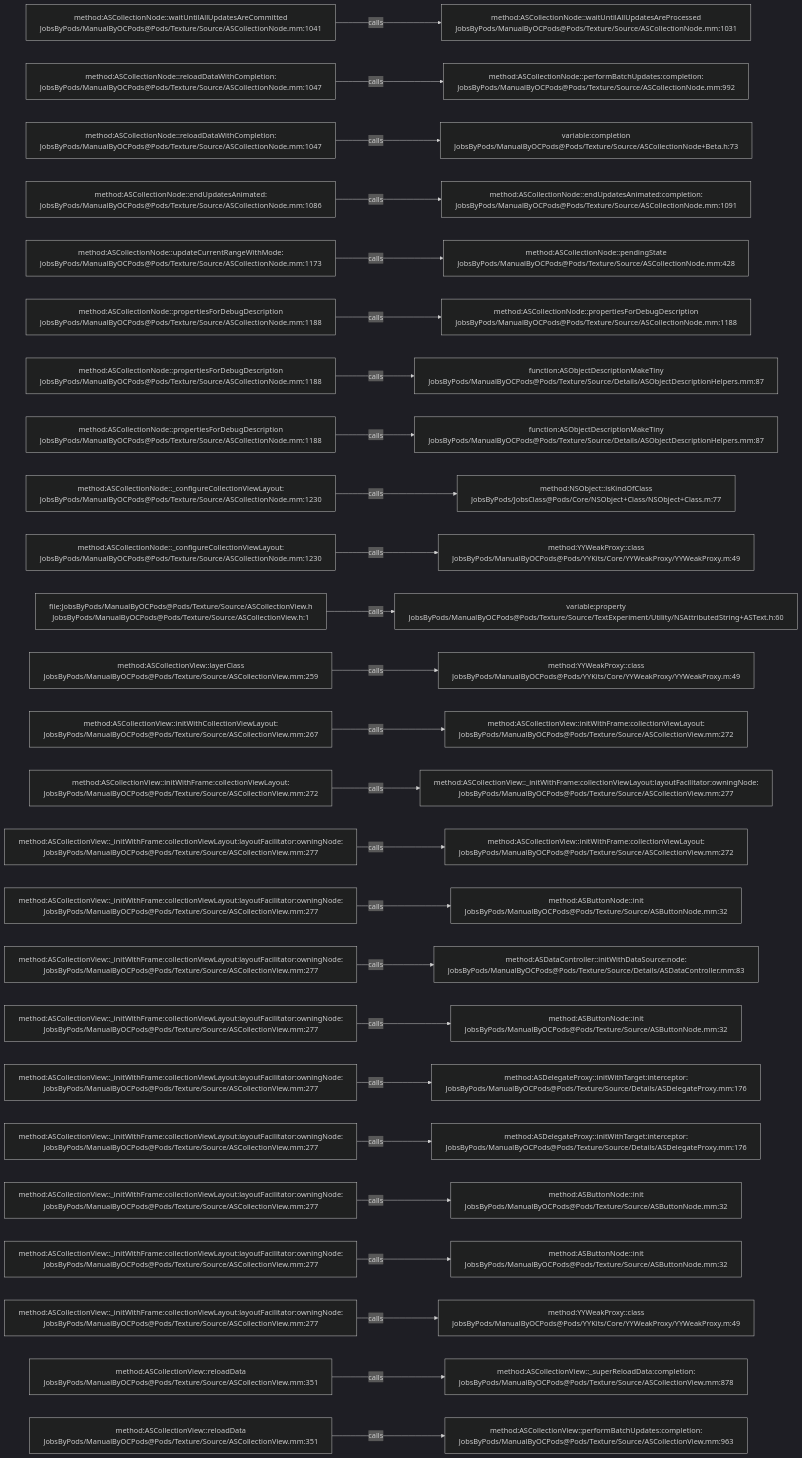
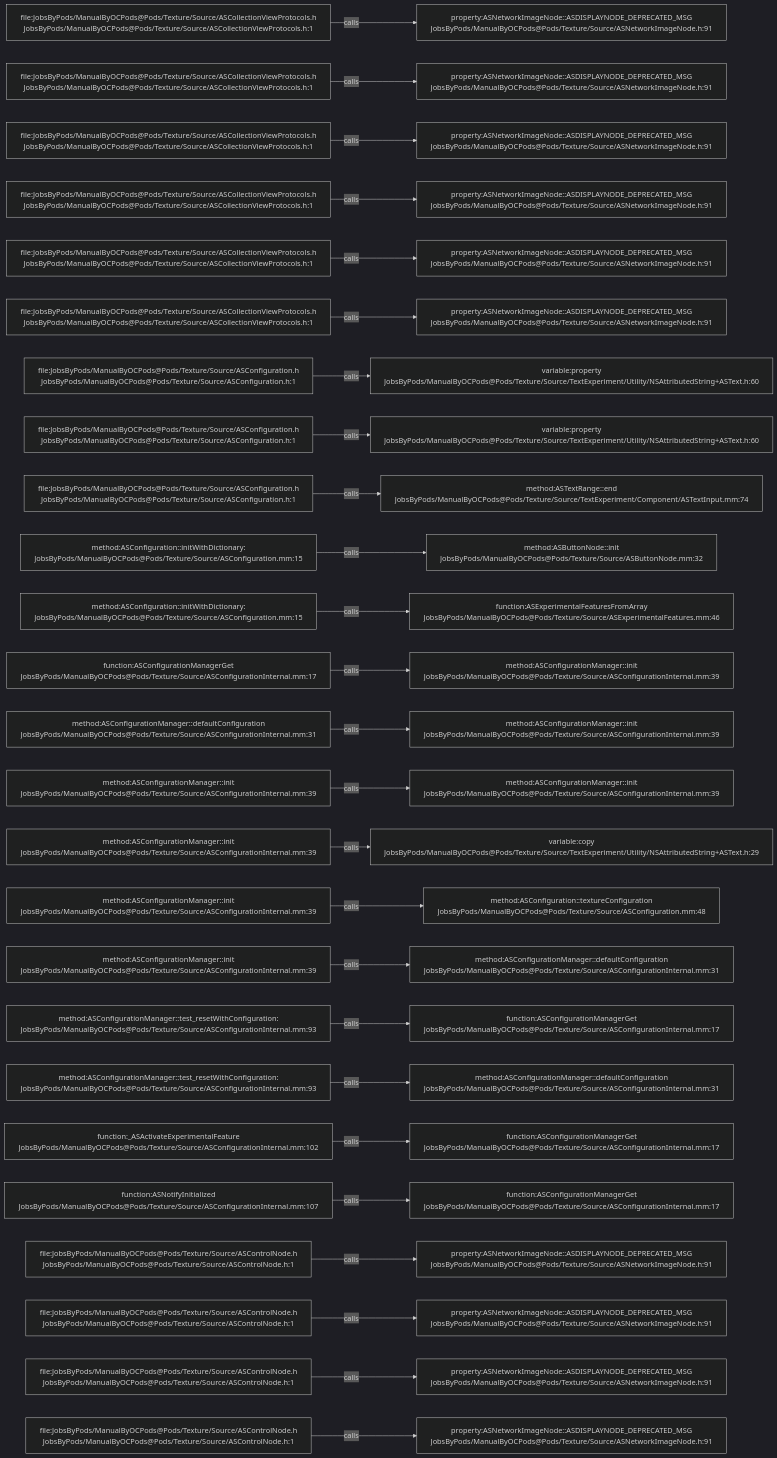
Before and after one commit to JobsKits/JobsOCBaseConfigDemo: the diagram in .codegraph/codegraph.md/graphs/calls-071.md, drawn with Mermaid (dark theme). The commit also changed 2723 other files, not shown here.

````diff
--- a/.codegraph/codegraph.md/graphs/calls-071.md
+++ b/.codegraph/codegraph.md/graphs/calls-071.md
@@ -13,78 +13,78 @@
 ```mermaid
 flowchart LR
-  S1["method:ASCollectionNode::waitUntilAllUpdatesAreCommitted<br/>JobsByPods/ManualByOCPods@Pods/Texture/Source/ASCollectionNode.mm:1041"]
-  T1["method:ASCollectionNode::waitUntilAllUpdatesAreProcessed<br/>JobsByPods/ManualByOCPods@Pods/Texture/Source/ASCollectionNode.mm:1031"]
+  S1["file:JobsByPods/ManualByOCPods@Pods/Texture/Source/ASCollectionViewProtocols.h<br/>JobsByPods/ManualByOCPods@Pods/Texture/Source/ASCollectionViewProtocols.h:1"]
+  T1["property:ASNetworkImageNode::ASDISPLAYNODE_DEPRECATED_MSG<br/>JobsByPods/ManualByOCPods@Pods/Texture/Source/ASNetworkImageNode.h:91"]
   S1 -->|calls| T1
-  S2["method:ASCollectionNode::reloadDataWithCompletion:<br/>JobsByPods/ManualByOCPods@Pods/Texture/Source/ASCollectionNode.mm:1047"]
-  T2["method:ASCollectionNode::performBatchUpdates:completion:<br/>JobsByPods/ManualByOCPods@Pods/Texture/Source/ASCollectionNode.mm:992"]
+  S2["file:JobsByPods/ManualByOCPods@Pods/Texture/Source/ASCollectionViewProtocols.h<br/>JobsByPods/ManualByOCPods@Pods/Texture/Source/ASCollectionViewProtocols.h:1"]
+  T2["property:ASNetworkImageNode::ASDISPLAYNODE_DEPRECATED_MSG<br/>JobsByPods/ManualByOCPods@Pods/Texture/Source/ASNetworkImageNode.h:91"]
   S2 -->|calls| T2
-  S3["method:ASCollectionNode::reloadDataWithCompletion:<br/>JobsByPods/ManualByOCPods@Pods/Texture/Source/ASCollectionNode.mm:1047"]
-  T3["variable:completion<br/>JobsByPods/ManualByOCPods@Pods/Texture/Source/ASCollectionNode+Beta.h:73"]
+  S3["file:JobsByPods/ManualByOCPods@Pods/Texture/Source/ASCollectionViewProtocols.h<br/>JobsByPods/ManualByOCPods@Pods/Texture/Source/ASCollectionViewProtocols.h:1"]
+  T3["property:ASNetworkImageNode::ASDISPLAYNODE_DEPRECATED_MSG<br/>JobsByPods/ManualByOCPods@Pods/Texture/Source/ASNetworkImageNode.h:91"]
   S3 -->|calls| T3
-  S4["method:ASCollectionNode::endUpdatesAnimated:<br/>JobsByPods/ManualByOCPods@Pods/Texture/Source/ASCollectionNode.mm:1086"]
-  T4["method:ASCollectionNode::endUpdatesAnimated:completion:<br/>JobsByPods/ManualByOCPods@Pods/Texture/Source/ASCollectionNode.mm:1091"]
+  S4["file:JobsByPods/ManualByOCPods@Pods/Texture/Source/ASCollectionViewProtocols.h<br/>JobsByPods/ManualByOCPods@Pods/Texture/Source/ASCollectionViewProtocols.h:1"]
+  T4["property:ASNetworkImageNode::ASDISPLAYNODE_DEPRECATED_MSG<br/>JobsByPods/ManualByOCPods@Pods/Texture/Source/ASNetworkImageNode.h:91"]
   S4 -->|calls| T4
-  S5["method:ASCollectionNode::updateCurrentRangeWithMode:<br/>JobsByPods/ManualByOCPods@Pods/Texture/Source/ASCollectionNode.mm:1173"]
-  T5["method:ASCollectionNode::pendingState<br/>JobsByPods/ManualByOCPods@Pods/Texture/Source/ASCollectionNode.mm:428"]
+  S5["file:JobsByPods/ManualByOCPods@Pods/Texture/Source/ASCollectionViewProtocols.h<br/>JobsByPods/ManualByOCPods@Pods/Texture/Source/ASCollectionViewProtocols.h:1"]
+  T5["property:ASNetworkImageNode::ASDISPLAYNODE_DEPRECATED_MSG<br/>JobsByPods/ManualByOCPods@Pods/Texture/Source/ASNetworkImageNode.h:91"]
   S5 -->|calls| T5
-  S6["method:ASCollectionNode::propertiesForDebugDescription<br/>JobsByPods/ManualByOCPods@Pods/Texture/Source/ASCollectionNode.mm:1188"]
-  T6["method:ASCollectionNode::propertiesForDebugDescription<br/>JobsByPods/ManualByOCPods@Pods/Texture/Source/ASCollectionNode.mm:1188"]
+  S6["file:JobsByPods/ManualByOCPods@Pods/Texture/Source/ASCollectionViewProtocols.h<br/>JobsByPods/ManualByOCPods@Pods/Texture/Source/ASCollectionViewProtocols.h:1"]
+  T6["property:ASNetworkImageNode::ASDISPLAYNODE_DEPRECATED_MSG<br/>JobsByPods/ManualByOCPods@Pods/Texture/Source/ASNetworkImageNode.h:91"]
   S6 -->|calls| T6
-  S7["method:ASCollectionNode::propertiesForDebugDescription<br/>JobsByPods/ManualByOCPods@Pods/Texture/Source/ASCollectionNode.mm:1188"]
-  T7["function:ASObjectDescriptionMakeTiny<br/>JobsByPods/ManualByOCPods@Pods/Texture/Source/Details/ASObjectDescriptionHelpers.mm:87"]
+  S7["file:JobsByPods/ManualByOCPods@Pods/Texture/Source/ASConfiguration.h<br/>JobsByPods/ManualByOCPods@Pods/Texture/Source/ASConfiguration.h:1"]
+  T7["variable:property<br/>JobsByPods/ManualByOCPods@Pods/Texture/Source/TextExperiment/Utility/NSAttributedString+ASText.h:60"]
   S7 -->|calls| T7
-  S8["method:ASCollectionNode::propertiesForDebugDescription<br/>JobsByPods/ManualByOCPods@Pods/Texture/Source/ASCollectionNode.mm:1188"]
-  T8["function:ASObjectDescriptionMakeTiny<br/>JobsByPods/ManualByOCPods@Pods/Texture/Source/Details/ASObjectDescriptionHelpers.mm:87"]
+  S8["file:JobsByPods/ManualByOCPods@Pods/Texture/Source/ASConfiguration.h<br/>JobsByPods/ManualByOCPods@Pods/Texture/Source/ASConfiguration.h:1"]
+  T8["variable:property<br/>JobsByPods/ManualByOCPods@Pods/Texture/Source/TextExperiment/Utility/NSAttributedString+ASText.h:60"]
   S8 -->|calls| T8
-  S9["method:ASCollectionNode::_configureCollectionViewLayout:<br/>JobsByPods/ManualByOCPods@Pods/Texture/Source/ASCollectionNode.mm:1230"]
-  T9["method:NSObject::isKindOfClass<br/>JobsByPods/JobsClass@Pods/Core/NSObject+Class/NSObject+Class.m:77"]
+  S9["file:JobsByPods/ManualByOCPods@Pods/Texture/Source/ASConfiguration.h<br/>JobsByPods/ManualByOCPods@Pods/Texture/Source/ASConfiguration.h:1"]
+  T9["method:ASTextRange::end<br/>JobsByPods/ManualByOCPods@Pods/Texture/Source/TextExperiment/Component/ASTextInput.mm:74"]
   S9 -->|calls| T9
-  S10["method:ASCollectionNode::_configureCollectionViewLayout:<br/>JobsByPods/ManualByOCPods@Pods/Texture/Source/ASCollectionNode.mm:1230"]
-  T10["method:YYWeakProxy::class<br/>JobsByPods/ManualByOCPods@Pods/YYKits/Core/YYWeakProxy/YYWeakProxy.m:49"]
+  S10["method:ASConfiguration::initWithDictionary:<br/>JobsByPods/ManualByOCPods@Pods/Texture/Source/ASConfiguration.mm:15"]
+  T10["method:ASButtonNode::init<br/>JobsByPods/ManualByOCPods@Pods/Texture/Source/ASButtonNode.mm:32"]
   S10 -->|calls| T10
-  S11["file:JobsByPods/ManualByOCPods@Pods/Texture/Source/ASCollectionView.h<br/>JobsByPods/ManualByOCPods@Pods/Texture/Source/ASCollectionView.h:1"]
-  T11["variable:property<br/>JobsByPods/ManualByOCPods@Pods/Texture/Source/TextExperiment/Utility/NSAttributedString+ASText.h:60"]
+  S11["method:ASConfiguration::initWithDictionary:<br/>JobsByPods/ManualByOCPods@Pods/Texture/Source/ASConfiguration.mm:15"]
+  T11["function:ASExperimentalFeaturesFromArray<br/>JobsByPods/ManualByOCPods@Pods/Texture/Source/ASExperimentalFeatures.mm:46"]
   S11 -->|calls| T11
-  S12["method:ASCollectionView::layerClass<br/>JobsByPods/ManualByOCPods@Pods/Texture/Source/ASCollectionView.mm:259"]
-  T12["method:YYWeakProxy::class<br/>JobsByPods/ManualByOCPods@Pods/YYKits/Core/YYWeakProxy/YYWeakProxy.m:49"]
+  S12["function:ASConfigurationManagerGet<br/>JobsByPods/ManualByOCPods@Pods/Texture/Source/ASConfigurationInternal.mm:17"]
+  T12["method:ASConfigurationManager::init<br/>JobsByPods/ManualByOCPods@Pods/Texture/Source/ASConfigurationInternal.mm:39"]
   S12 -->|calls| T12
-  S13["method:ASCollectionView::initWithCollectionViewLayout:<br/>JobsByPods/ManualByOCPods@Pods/Texture/Source/ASCollectionView.mm:267"]
-  T13["method:ASCollectionView::initWithFrame:collectionViewLayout:<br/>JobsByPods/ManualByOCPods@Pods/Texture/Source/ASCollectionView.mm:272"]
+  S13["method:ASConfigurationManager::defaultConfiguration<br/>JobsByPods/ManualByOCPods@Pods/Texture/Source/ASConfigurationInternal.mm:31"]
+  T13["method:ASConfigurationManager::init<br/>JobsByPods/ManualByOCPods@Pods/Texture/Source/ASConfigurationInternal.mm:39"]
   S13 -->|calls| T13
-  S14["method:ASCollectionView::initWithFrame:collectionViewLayout:<br/>JobsByPods/ManualByOCPods@Pods/Texture/Source/ASCollectionView.mm:272"]
-  T14["method:ASCollectionView::_initWithFrame:collectionViewLayout:layoutFacilitator:owningNode:<br/>JobsByPods/ManualByOCPods@Pods/Texture/Source/ASCollectionView.mm:277"]
+  S14["method:ASConfigurationManager::init<br/>JobsByPods/ManualByOCPods@Pods/Texture/Source/ASConfigurationInternal.mm:39"]
+  T14["method:ASConfigurationManager::init<br/>JobsByPods/ManualByOCPods@Pods/Texture/Source/ASConfigurationInternal.mm:39"]
   S14 -->|calls| T14
-  S15["method:ASCollectionView::_initWithFrame:collectionViewLayout:layoutFacilitator:owningNode:<br/>JobsByPods/ManualByOCPods@Pods/Texture/Source/ASCollectionView.mm:277"]
-  T15["method:ASCollectionView::initWithFrame:collectionViewLayout:<br/>JobsByPods/ManualByOCPods@Pods/Texture/Source/ASCollectionView.mm:272"]
+  S15["method:ASConfigurationManager::init<br/>JobsByPods/ManualByOCPods@Pods/Texture/Source/ASConfigurationInternal.mm:39"]
+  T15["variable:copy<br/>JobsByPods/ManualByOCPods@Pods/Texture/Source/TextExperiment/Utility/NSAttributedString+ASText.h:29"]
   S15 -->|calls| T15
-  S16["method:ASCollectionView::_initWithFrame:collectionViewLayout:layoutFacilitator:owningNode:<br/>JobsByPods/ManualByOCPods@Pods/Texture/Source/ASCollectionView.mm:277"]
-  T16["method:ASButtonNode::init<br/>JobsByPods/ManualByOCPods@Pods/Texture/Source/ASButtonNode.mm:32"]
+  S16["method:ASConfigurationManager::init<br/>JobsByPods/ManualByOCPods@Pods/Texture/Source/ASConfigurationInternal.mm:39"]
+  T16["method:ASConfiguration::textureConfiguration<br/>JobsByPods/ManualByOCPods@Pods/Texture/Source/ASConfiguration.mm:48"]
   S16 -->|calls| T16
-  S17["method:ASCollectionView::_initWithFrame:collectionViewLayout:layoutFacilitator:owningNode:<br/>JobsByPods/ManualByOCPods@Pods/Texture/Source/ASCollectionView.mm:277"]
-  T17["method:ASDataController::initWithDataSource:node:<br/>JobsByPods/ManualByOCPods@Pods/Texture/Source/Details/ASDataController.mm:83"]
+  S17["method:ASConfigurationManager::init<br/>JobsByPods/ManualByOCPods@Pods/Texture/Source/ASConfigurationInternal.mm:39"]
+  T17["method:ASConfigurationManager::defaultConfiguration<br/>JobsByPods/ManualByOCPods@Pods/Texture/Source/ASConfigurationInternal.mm:31"]
   S17 -->|calls| T17
-  S18["method:ASCollectionView::_initWithFrame:collectionViewLayout:layoutFacilitator:owningNode:<br/>JobsByPods/ManualByOCPods@Pods/Texture/Source/ASCollectionView.mm:277"]
-  T18["method:ASButtonNode::init<br/>JobsByPods/ManualByOCPods@Pods/Texture/Source/ASButtonNode.mm:32"]
+  S18["method:ASConfigurationManager::test_resetWithConfiguration:<br/>JobsByPods/ManualByOCPods@Pods/Texture/Source/ASConfigurationInternal.mm:93"]
+  T18["function:ASConfigurationManagerGet<br/>JobsByPods/ManualByOCPods@Pods/Texture/Source/ASConfigurationInternal.mm:17"]
   S18 -->|calls| T18
-  S19["method:ASCollectionView::_initWithFrame:collectionViewLayout:layoutFacilitator:owningNode:<br/>JobsByPods/ManualByOCPods@Pods/Texture/Source/ASCollectionView.mm:277"]
-  T19["method:ASDelegateProxy::initWithTarget:interceptor:<br/>JobsByPods/ManualByOCPods@Pods/Texture/Source/Details/ASDelegateProxy.mm:176"]
+  S19["method:ASConfigurationManager::test_resetWithConfiguration:<br/>JobsByPods/ManualByOCPods@Pods/Texture/Source/ASConfigurationInternal.mm:93"]
+  T19["method:ASConfigurationManager::defaultConfiguration<br/>JobsByPods/ManualByOCPods@Pods/Texture/Source/ASConfigurationInternal.mm:31"]
   S19 -->|calls| T19
-  S20["method:ASCollectionView::_initWithFrame:collectionViewLayout:layoutFacilitator:owningNode:<br/>JobsByPods/ManualByOCPods@Pods/Texture/Source/ASCollectionView.mm:277"]
-  T20["method:ASDelegateProxy::initWithTarget:interceptor:<br/>JobsByPods/ManualByOCPods@Pods/Texture/Source/Details/ASDelegateProxy.mm:176"]
+  S20["function:_ASActivateExperimentalFeature<br/>JobsByPods/ManualByOCPods@Pods/Texture/Source/ASConfigurationInternal.mm:102"]
+  T20["function:ASConfigurationManagerGet<br/>JobsByPods/ManualByOCPods@Pods/Texture/Source/ASConfigurationInternal.mm:17"]
   S20 -->|calls| T20
-  S21["method:ASCollectionView::_initWithFrame:collectionViewLayout:layoutFacilitator:owningNode:<br/>JobsByPods/ManualByOCPods@Pods/Texture/Source/ASCollectionView.mm:277"]
-  T21["method:ASButtonNode::init<br/>JobsByPods/ManualByOCPods@Pods/Texture/Source/ASButtonNode.mm:32"]
+  S21["function:ASNotifyInitialized<br/>JobsByPods/ManualByOCPods@Pods/Texture/Source/ASConfigurationInternal.mm:107"]
+  T21["function:ASConfigurationManagerGet<br/>JobsByPods/ManualByOCPods@Pods/Texture/Source/ASConfigurationInternal.mm:17"]
   S21 -->|calls| T21
-  S22["method:ASCollectionView::_initWithFrame:collectionViewLayout:layoutFacilitator:owningNode:<br/>JobsByPods/ManualByOCPods@Pods/Texture/Source/ASCollectionView.mm:277"]
-  T22["method:ASButtonNode::init<br/>JobsByPods/ManualByOCPods@Pods/Texture/Source/ASButtonNode.mm:32"]
+  S22["file:JobsByPods/ManualByOCPods@Pods/Texture/Source/ASControlNode.h<br/>JobsByPods/ManualByOCPods@Pods/Texture/Source/ASControlNode.h:1"]
+  T22["property:ASNetworkImageNode::ASDISPLAYNODE_DEPRECATED_MSG<br/>JobsByPods/ManualByOCPods@Pods/Texture/Source/ASNetworkImageNode.h:91"]
   S22 -->|calls| T22
-  S23["method:ASCollectionView::_initWithFrame:collectionViewLayout:layoutFacilitator:owningNode:<br/>JobsByPods/ManualByOCPods@Pods/Texture/Source/ASCollectionView.mm:277"]
-  T23["method:YYWeakProxy::class<br/>JobsByPods/ManualByOCPods@Pods/YYKits/Core/YYWeakProxy/YYWeakProxy.m:49"]
+  S23["file:JobsByPods/ManualByOCPods@Pods/Texture/Source/ASControlNode.h<br/>JobsByPods/ManualByOCPods@Pods/Texture/Source/ASControlNode.h:1"]
+  T23["property:ASNetworkImageNode::ASDISPLAYNODE_DEPRECATED_MSG<br/>JobsByPods/ManualByOCPods@Pods/Texture/Source/ASNetworkImageNode.h:91"]
   S23 -->|calls| T23
-  S24["method:ASCollectionView::reloadData<br/>JobsByPods/ManualByOCPods@Pods/Texture/Source/ASCollectionView.mm:351"]
-  T24["method:ASCollectionView::_superReloadData:completion:<br/>JobsByPods/ManualByOCPods@Pods/Texture/Source/ASCollectionView.mm:878"]
+  S24["file:JobsByPods/ManualByOCPods@Pods/Texture/Source/ASControlNode.h<br/>JobsByPods/ManualByOCPods@Pods/Texture/Source/ASControlNode.h:1"]
+  T24["property:ASNetworkImageNode::ASDISPLAYNODE_DEPRECATED_MSG<br/>JobsByPods/ManualByOCPods@Pods/Texture/Source/ASNetworkImageNode.h:91"]
   S24 -->|calls| T24
-  S25["method:ASCollectionView::reloadData<br/>JobsByPods/ManualByOCPods@Pods/Texture/Source/ASCollectionView.mm:351"]
-  T25["method:ASCollectionView::performBatchUpdates:completion:<br/>JobsByPods/ManualByOCPods@Pods/Texture/Source/ASCollectionView.mm:963"]
+  S25["file:JobsByPods/ManualByOCPods@Pods/Texture/Source/ASControlNode.h<br/>JobsByPods/ManualByOCPods@Pods/Texture/Source/ASControlNode.h:1"]
+  T25["property:ASNetworkImageNode::ASDISPLAYNODE_DEPRECATED_MSG<br/>JobsByPods/ManualByOCPods@Pods/Texture/Source/ASNetworkImageNode.h:91"]
   S25 -->|calls| T25
 ```
````
